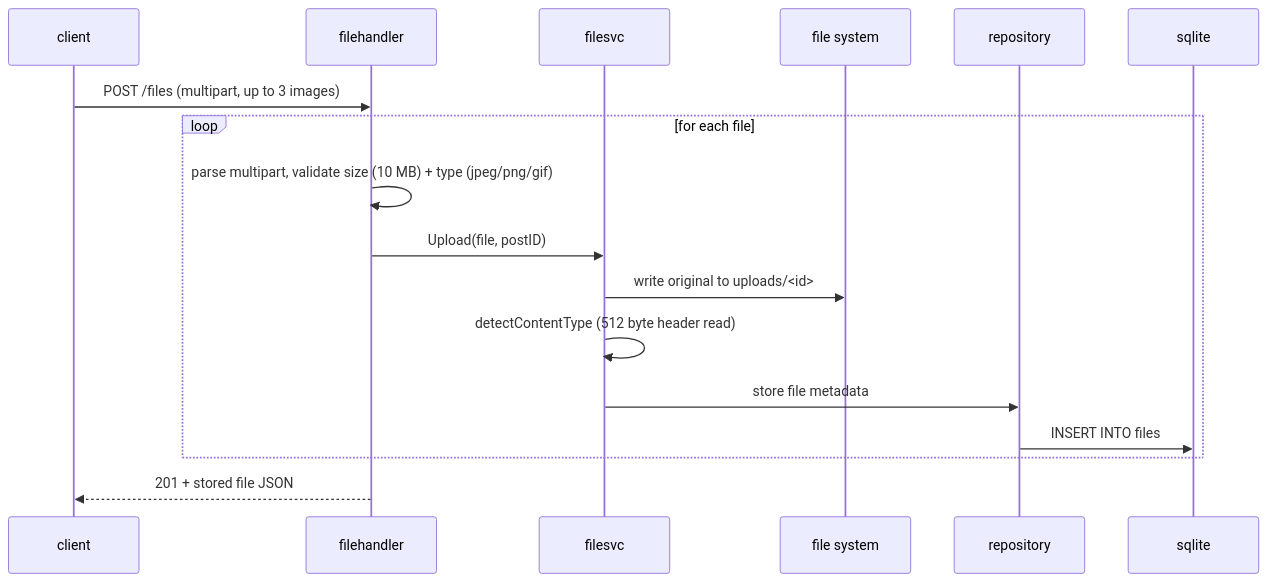
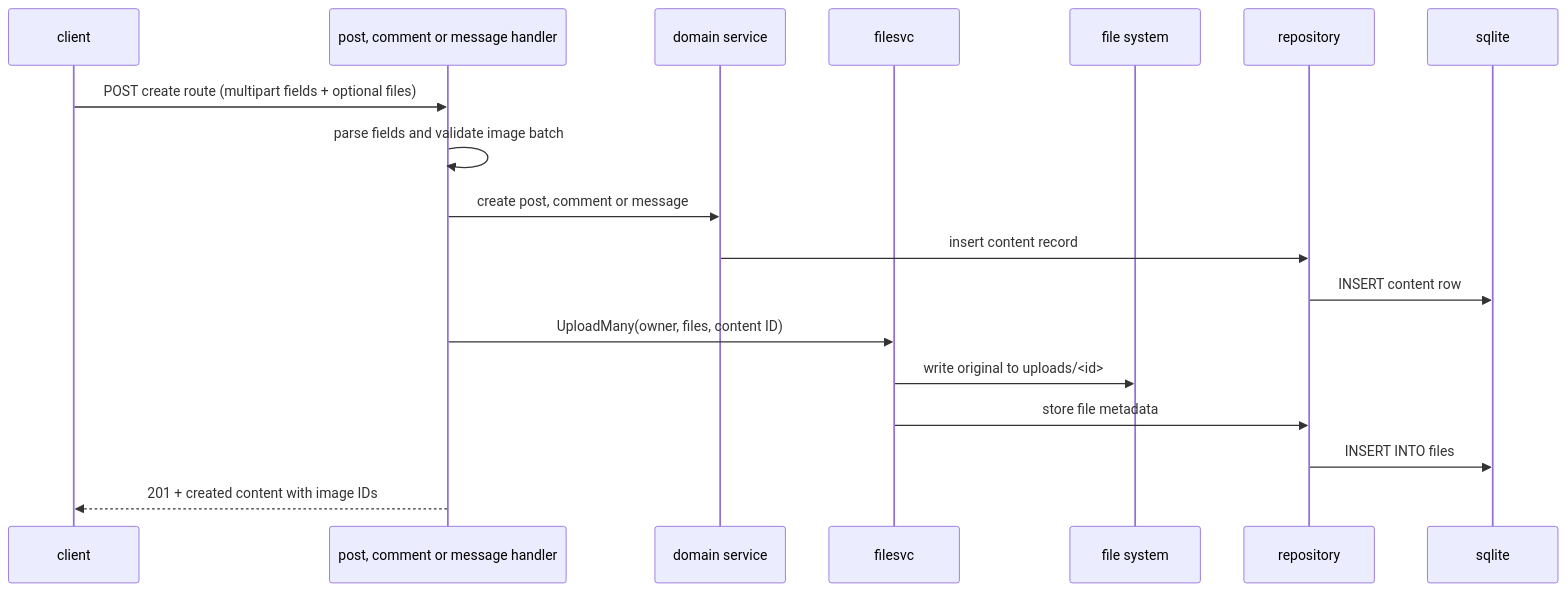
The fifth of 9 diagrams in backend/readme.md (chentaymane/Social), drawn with Mermaid before and after one commit. The commit also changed other lines of this file and 23 other files, not shown here.

Commit message:
dropping file Upload endpoint and making the Post/message/comment forms take files as input; also making sure files are preserved on the files table to be able to add a garbage collector afterwards to delete the files from disk

````diff
--- a/backend/readme.md
+++ b/backend/readme.md
@@ -254,20 +255,21 @@
 ```mermaid
 sequenceDiagram
     participant C as client
-    participant H as filehandler
-    participant S as filesvc
+    participant H as post, comment or message handler
+    participant S as domain service
+    participant FS as filesvc
     participant F as file system
     participant R as repository
     participant DB as sqlite
 
-    C->>H: POST /files (multipart, up to 3 images)
-    loop for each file
-        H->>H: parse multipart, validate size (10 MB) + type (jpeg/png/gif)
-        H->>S: Upload(file, postID)
-        S->>F: write original to uploads/<id>
-        S->>S: detectContentType (512 byte header read)
-        S->>R: store file metadata
-        R->>DB: INSERT INTO files
-    end
-    H-->>C: 201 + stored file JSON
+    C->>H: POST create route (multipart fields + optional files)
+    H->>H: parse fields and validate image batch
+    H->>S: create post, comment or message
+    S->>R: insert content record
+    R->>DB: INSERT content row
+    H->>FS: UploadMany(owner, files, content ID)
+    FS->>F: write original to uploads/<id>
+    FS->>R: store file metadata
+    R->>DB: INSERT INTO files
+    H-->>C: 201 + created content with image IDs
 ```
````
